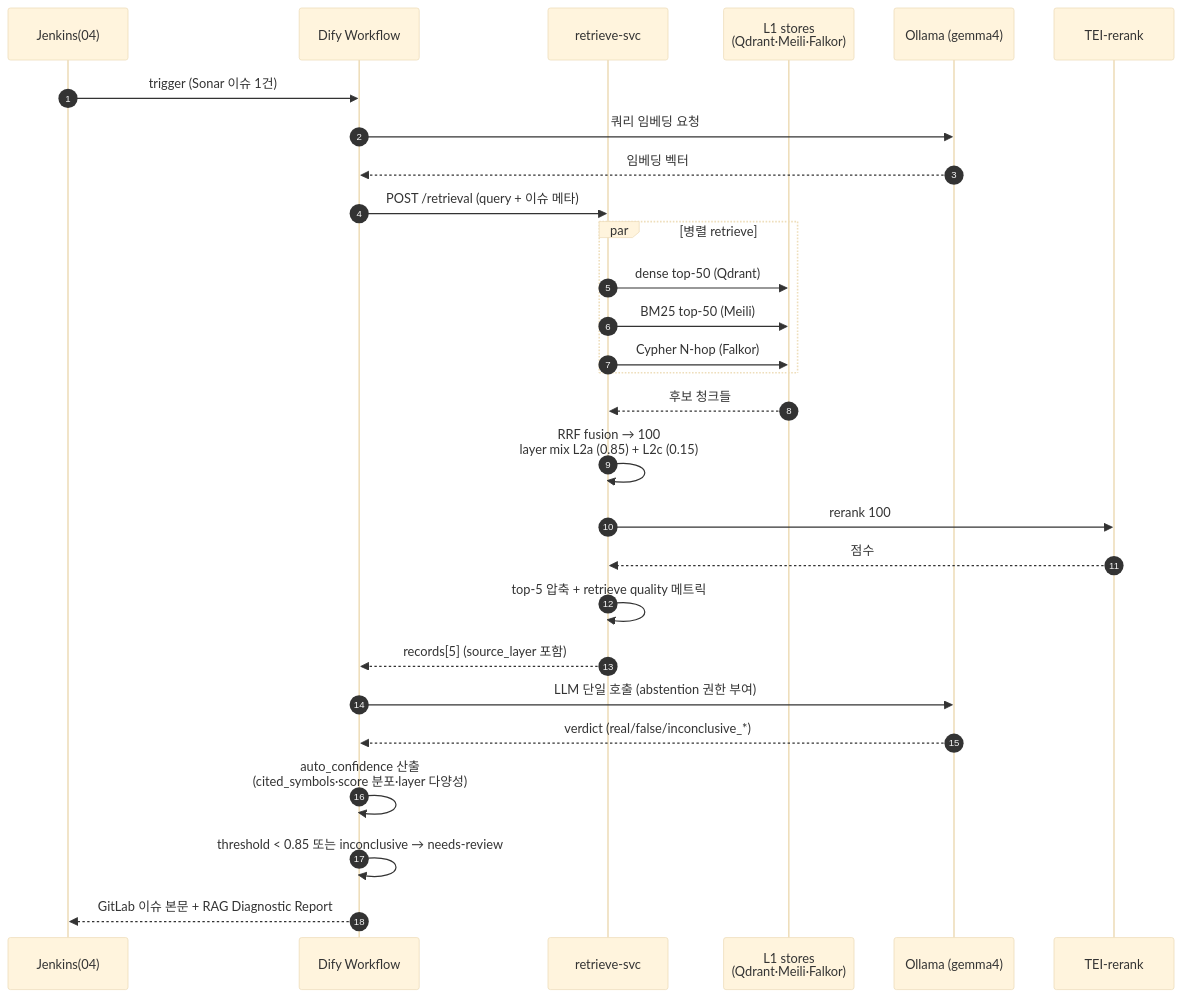
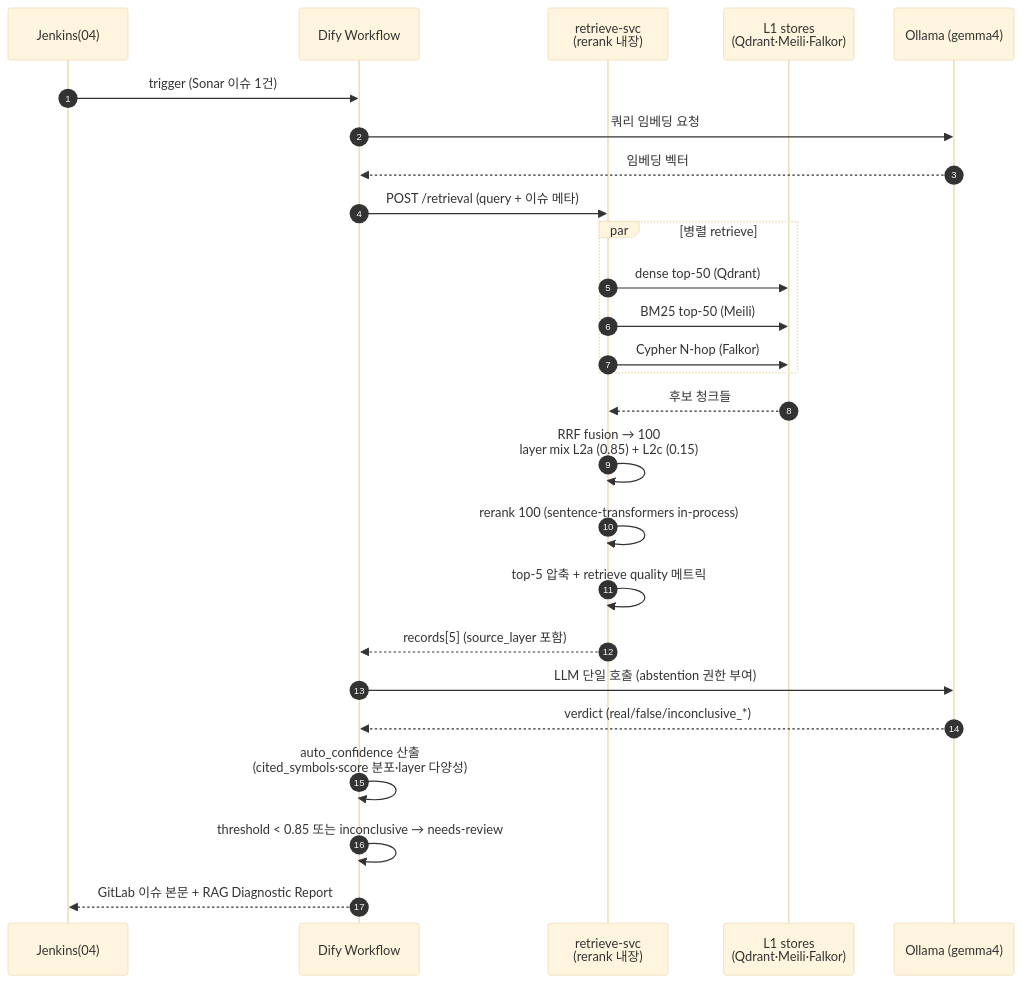
One commit to illegaluser/airgap-test-toolchain changed the sixth of 7 diagrams in code-AI-quality-allinone/docs/PLAN_CODE_RAG_AND_SPEC_TRACEABILITY.md. Above: the diagram before and after it, drawn with Mermaid (base theme). The commit also changed other lines of this file and 2 other files, not shown here.

````diff
--- a/code-AI-quality-allinone/docs/PLAN_CODE_RAG_AND_SPEC_TRACEABILITY.md
+++ b/code-AI-quality-allinone/docs/PLAN_CODE_RAG_AND_SPEC_TRACEABILITY.md
@@ -376,34 +381,32 @@
 ```mermaid
 sequenceDiagram
     autonumber
     participant J as Jenkins(04)
     participant D as Dify Workflow
-    participant R as retrieve-svc
+    participant R as retrieve-svc<br/>(rerank 내장)
     participant S as L1 stores<br/>(Qdrant·Meili·Falkor)
     participant O as Ollama (gemma4)
-    participant T as TEI-rerank
 
     J->>D: trigger (Sonar 이슈 1건)
     D->>O: 쿼리 임베딩 요청
     O-->>D: 임베딩 벡터
     D->>R: POST /retrieval (query + 이슈 메타)
 
     par 병렬 retrieve
         R->>S: dense top-50 (Qdrant)
         R->>S: BM25 top-50 (Meili)
         R->>S: Cypher N-hop (Falkor)
     end
     S-->>R: 후보 청크들
 
     R->>R: RRF fusion → 100<br/>layer mix L2a (0.85) + L2c (0.15)
-    R->>T: rerank 100
-    T-->>R: 점수
+    R->>R: rerank 100 (sentence-transformers in-process)
     R->>R: top-5 압축 + retrieve quality 메트릭
     R-->>D: records[5] (source_layer 포함)
 
     D->>O: LLM 단일 호출 (abstention 권한 부여)
     O-->>D: verdict (real/false/inconclusive_*)
     D->>D: auto_confidence 산출<br/>(cited_symbols·score 분포·layer 다양성)
     D->>D: threshold < 0.85 또는 inconclusive → needs-review
     D-->>J: GitLab 이슈 본문 + RAG Diagnostic Report
 ```
````
